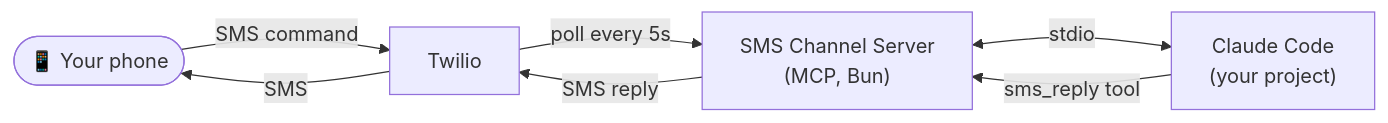
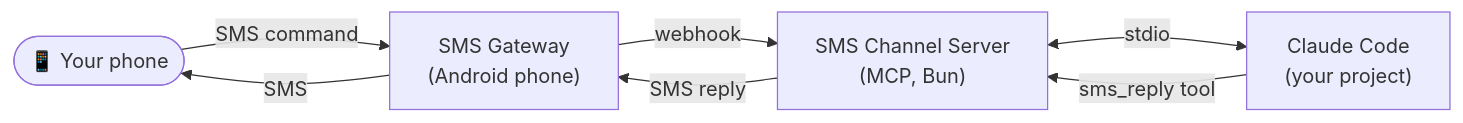
Before and after one commit to oguzcan-yavuz/sms-to-claude: the diagram in README.md, drawn with Mermaid. The commit also changed other lines of this file, not shown here.

Commit message:
docs: update README for Android SMS gateway (capcom6) setup

````diff
--- a/README.md
+++ b/README.md
@@ -5,14 +5,14 @@
 ```mermaid
 flowchart LR
     phone(["📱 Your phone"])
-    twilio["Twilio"]
+    gateway["SMS Gateway\n(Android phone)"]
     server["SMS Channel Server\n(MCP, Bun)"]
     claude["Claude Code\n(your project)"]
 
-    phone -->|"SMS command"| twilio
-    twilio -->|"poll every 5s"| server
+    phone -->|"SMS command"| gateway
+    gateway -->|"webhook"| server
     server <-->|"stdio"| claude
     claude -->|"sms_reply tool"| server
-    server -->|"SMS reply"| twilio
-    twilio -->|"SMS"| phone
+    server -->|"SMS reply"| gateway
+    gateway -->|"SMS"| phone
 ```
````
